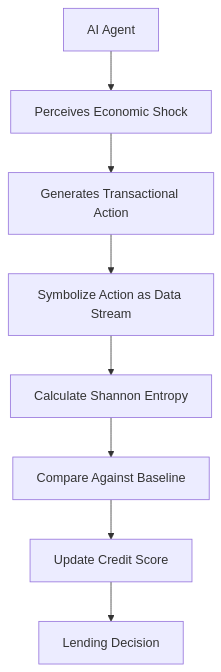
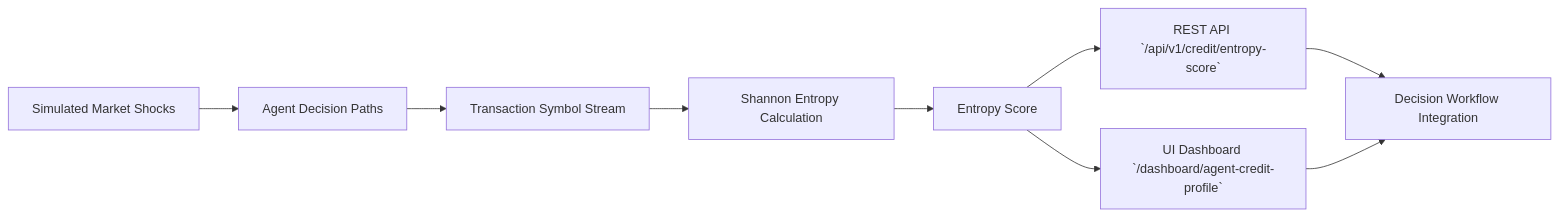
One commit to shawnhvac/agentworld-prior-art changed the diagram in inventions/inv_behavioral_entropy_credit_scoring_for_ai_agents_ce84d.md. Above: the diagram before and after it, drawn with Mermaid. The commit also changed other lines of this file and 130 other files, not shown here.

````diff
--- a/inventions/inv_behavioral_entropy_credit_scoring_for_ai_agents_ce84d.md
+++ b/inventions/inv_behavioral_entropy_credit_scoring_for_ai_agents_ce84d.md
@@ -47,10 +47,11 @@
 ```mermaid
-flowchart TD
-    A[AI Agent] --> B[Perceives Economic Shock]
-    B --> C[Generates Transactional Action]
-    C --> D[Symbolize Action as Data Stream]
-    D --> E[Calculate Shannon Entropy]
-    E --> F[Compare Against Baseline]
-    F --> G[Update Credit Score]
-    G --> H[Lending Decision]
+graph LR
+    A[Simulated Market Shocks] --> B[Agent Decision Paths]
+    B --> C[Transaction Symbol Stream]
+    C --> D[Shannon Entropy Calculation]
+    D --> E[Entropy Score]
+    E --> F[REST API `/api/v1/credit/entropy-score`]
+    E --> G[UI Dashboard `/dashboard/agent-credit-profile`]
+    F --> H[Decision Workflow Integration]
+    G --> H
 ```
````
